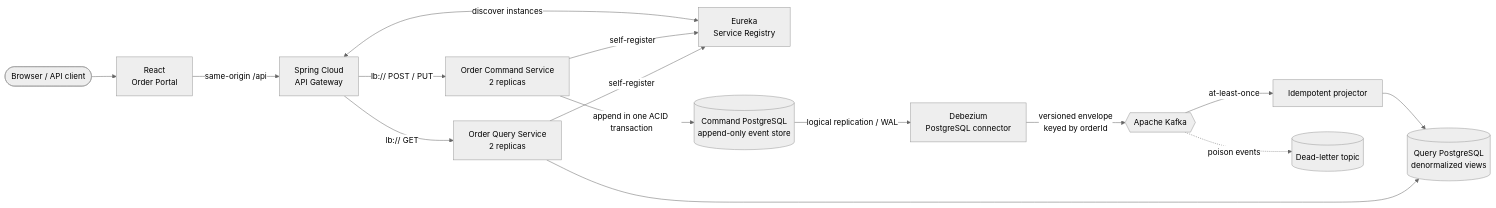
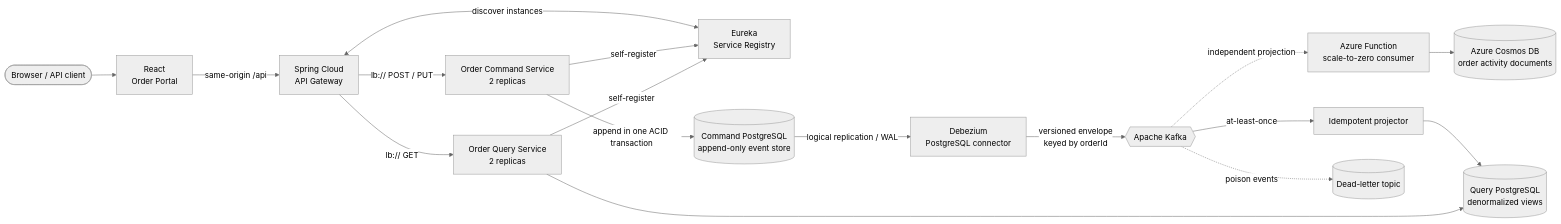
Before and after one commit to karacsonybarni/event-sourced-cqrs-microservices: the diagram in README.md, drawn with Mermaid (neutral theme). The commit also changed other lines of this file and 11 other files, not shown here.

Commit message:
Add serverless NoSQL activity projection

````diff
--- a/README.md
+++ b/README.md
@@ -16,19 +16,21 @@
 ```mermaid
 flowchart LR
     Client([Browser / API client]) --> Frontend[React<br/>Order Portal]
     Frontend -->|same-origin /api| Gateway[Spring Cloud<br/>API Gateway]
     Registry[Eureka<br/>Service Registry]
     Gateway <-->|discover instances| Registry
     Command[Order Command Service<br/>2 replicas] -->|self-register| Registry
     Query[Order Query Service<br/>2 replicas] -->|self-register| Registry
     Gateway -->|lb:// POST / PUT| Command
     Gateway -->|lb:// GET| Query
 
     Command -->|append in one ACID transaction| EventStore[(Command PostgreSQL<br/>append-only event store)]
     EventStore -->|logical replication / WAL| Debezium[Debezium<br/>PostgreSQL connector]
     Debezium -->|versioned envelope<br/>keyed by orderId| Kafka{{Apache Kafka}}
     Kafka -->|at-least-once| Projector[Idempotent projector]
     Projector --> QueryDB[(Query PostgreSQL<br/>denormalized views)]
     Query --> QueryDB
+    Kafka -. independent projection .-> ActivityFunction[Azure Function<br/>scale-to-zero consumer]
+    ActivityFunction --> ActivityDB[(Azure Cosmos DB<br/>order activity documents)]
     Kafka -. poison events .-> DLT[(Dead-letter topic)]
 ```
````
